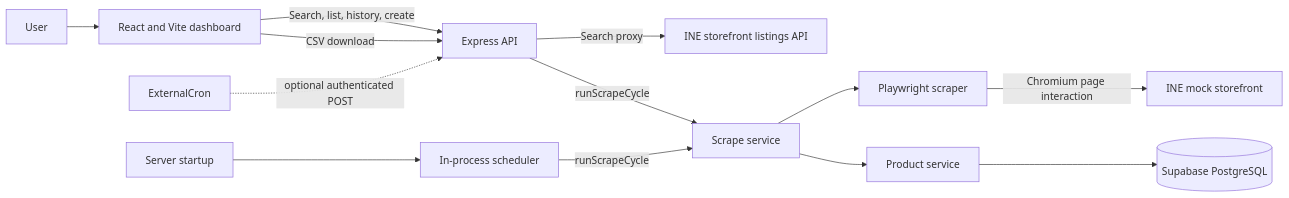
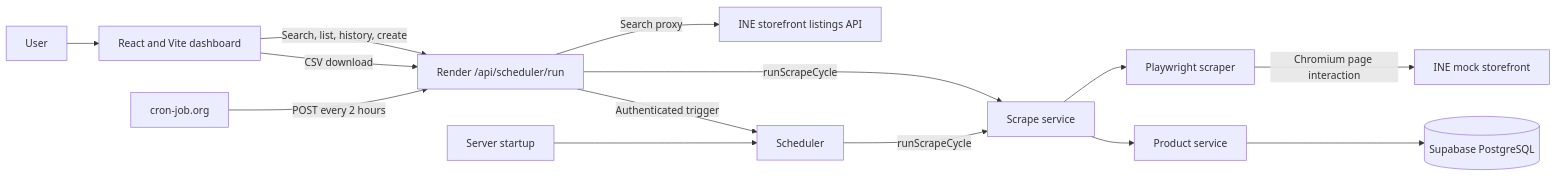
The first of 4 diagrams in DESIGN_NOTE.md (Siddhazntx/INE-Price-Tracker---205), drawn with Mermaid before and after one commit. The commit also changed other lines of this file and 1 other file, not shown here.

````diff
--- a/DESIGN_NOTE.md
+++ b/DESIGN_NOTE.md
@@ -13,15 +13,16 @@
 ```mermaid
 flowchart LR
 	User --> Browser[React and Vite dashboard]
 	Browser -->|Search, list, history, create| API[Express API]
 	Browser -->|CSV download| API
 	API -->|Search proxy| Listings[INE storefront listings API]
 	API -->|runScrapeCycle| Cycle[Scrape service]
 	Cycle --> Scraper[Playwright scraper]
 	Scraper -->|Chromium page interaction| Storefront[INE mock storefront]
 	Cycle --> ProductService[Product service]
 	ProductService --> DB[(Supabase PostgreSQL)]
 	Server[Server startup] --> Scheduler[In-process scheduler]
 	Scheduler -->|runScrapeCycle| Cycle
-	ExternalCron -. optional authenticated POST .-> API
+	ExternalCron[cron-job.org] -->|POST every 2 hours| API[Render /api/scheduler/run]
+	API -->|Authenticated trigger| Scheduler[Scheduler]
 ```
````
